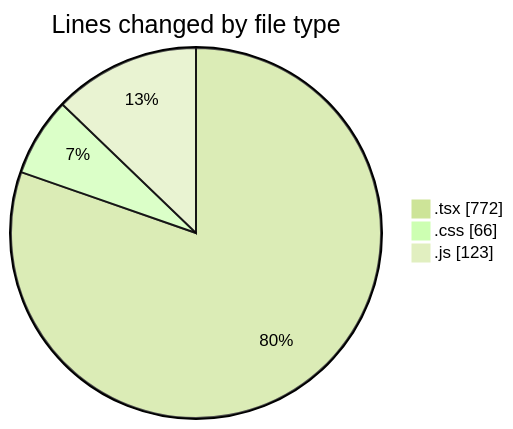
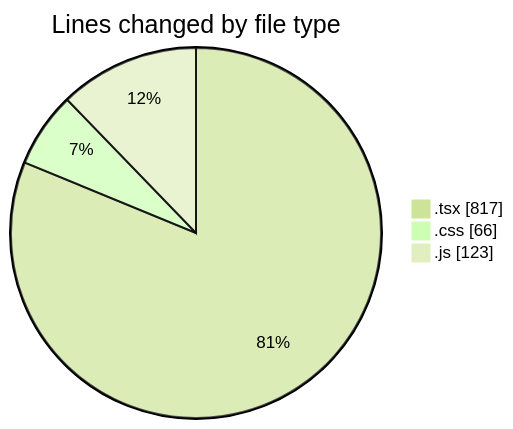
Before and after one commit to robertbonfada/code-tracking: the first of 2 diagrams in 2025-01-17/mbc-web/README.md, drawn with Mermaid (forest theme). The commit also changed other lines of this file and 1 other file, not shown here.

````diff
--- a/2025-01-17/mbc-web/README.md
+++ b/2025-01-17/mbc-web/README.md
@@ -32,7 +33,7 @@
 ```mermaid
 pie showData
 title Lines changed by file type
-".tsx" : 772
+".tsx" : 817
 ".css" : 66
 ".js" : 123
 ```
````
